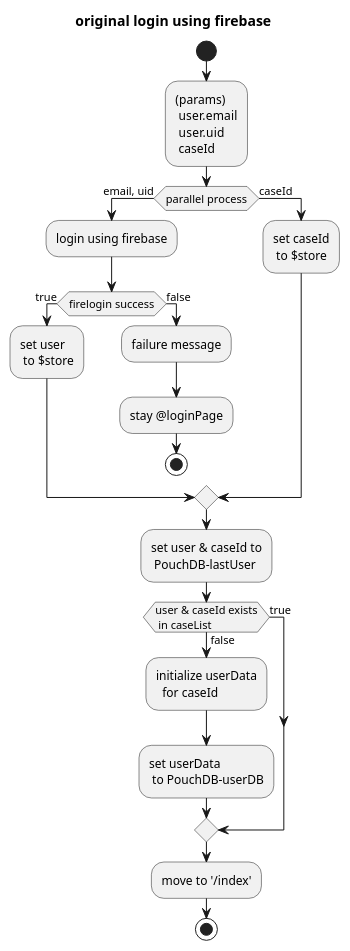
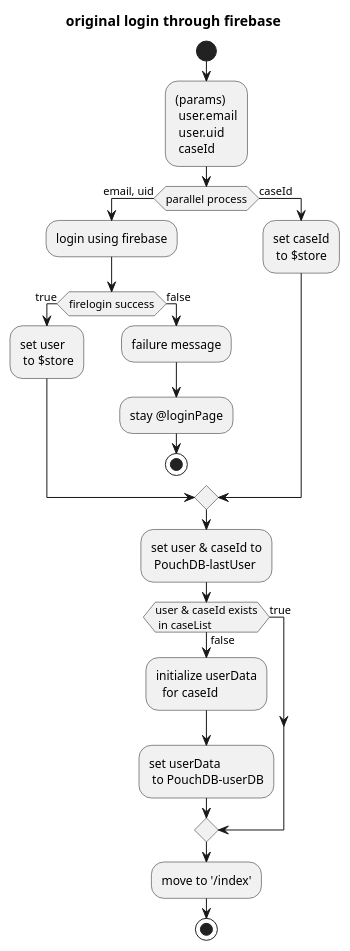
Before and after one commit to snakada1615/nuxt_pwa201122: the diagram in assets/backdata/loginFire.puml, drawn with PlantUML. The commit also changed 6 other files, not shown here.

```diff
--- a/assets/backdata/loginFire.puml
+++ b/assets/backdata/loginFire.puml
@@ -1,43 +1,43 @@
 @startuml
-title original login using firebase
+title original login through firebase
 
 start
 
 :(params)
  user.email
  user.uid
  caseId;
 
 if (parallel process) then (email, uid)
   :login using firebase;
   if (firelogin success) then (true)
       :set user
        to $store;
   else (false)
       :failure message;
       :stay @loginPage;
       stop
   endif
 else (caseId)
   :set caseId
    to $store;
 endif
 
 :set user & caseId to
  PouchDB-lastUser;
 
 if (user & caseId exists
  in caseList) then (true)
 
 else (false)
   :initialize userData
     for caseId;
   :set userData
    to PouchDB-userDB;
 endif
 
 :move to '/index';
 
 stop
 
 @enduml
```
